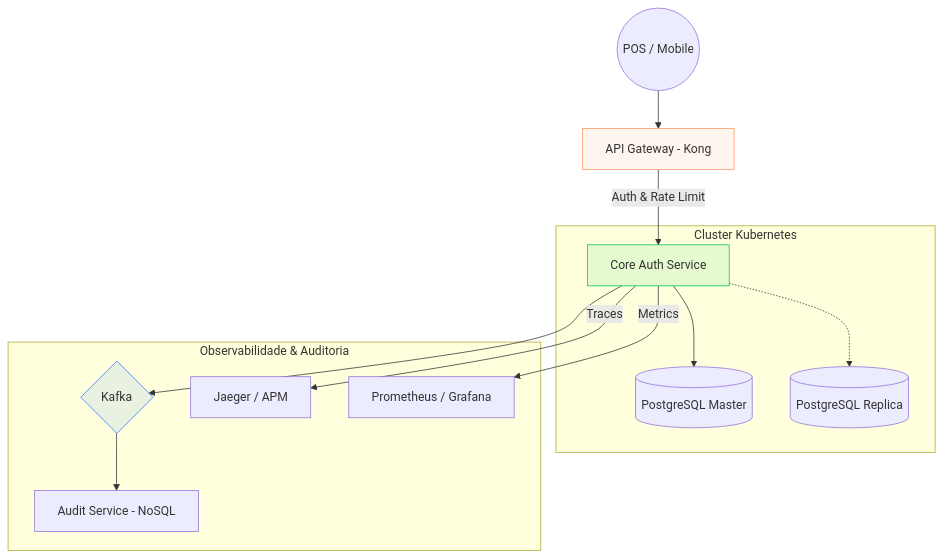
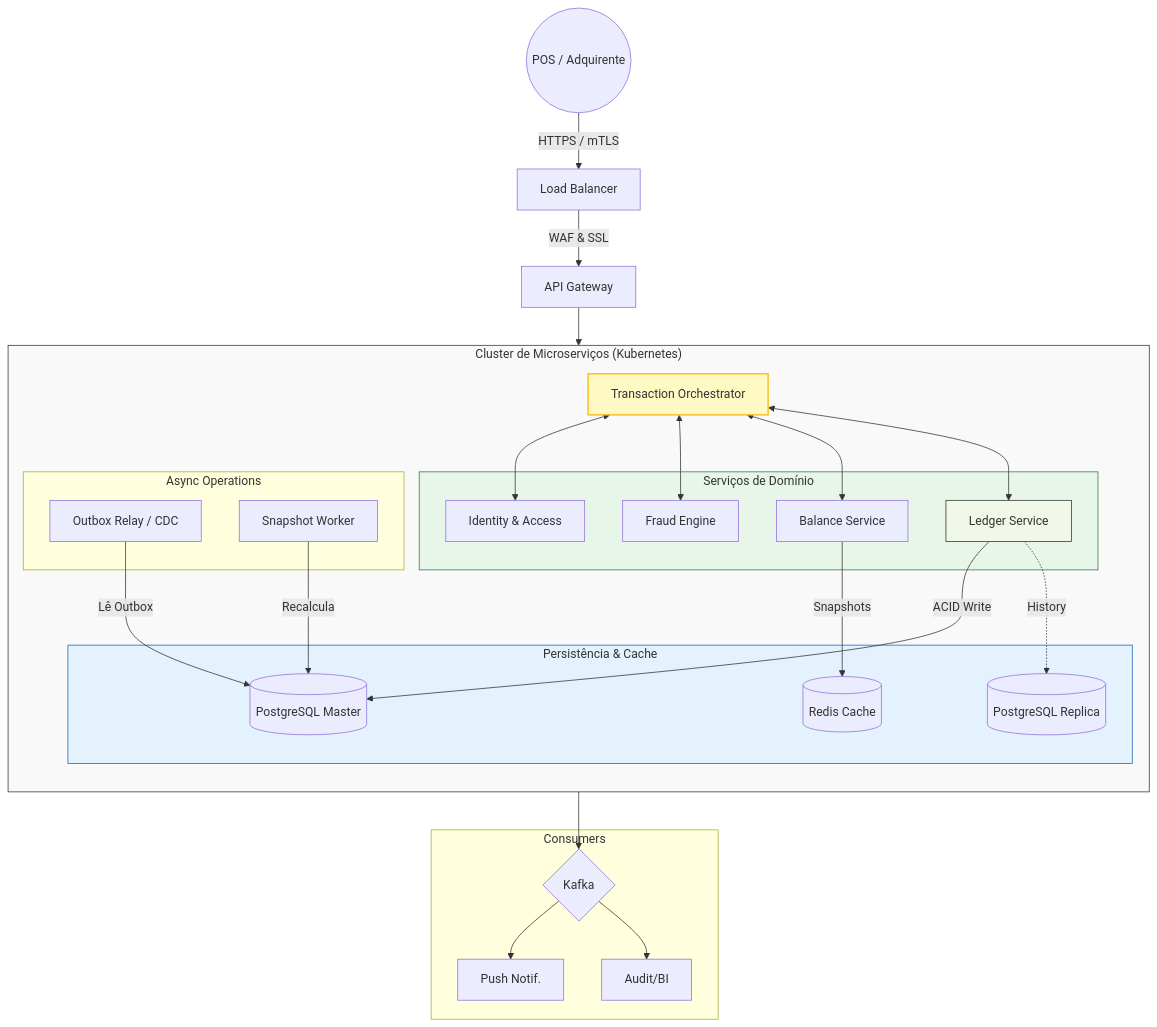
One commit to AugustoSavi/blog changed the second of 2 diagrams in _posts/2026-03-13-system-design-cartao-multibeneficios.md. Above: the diagram before and after it, drawn with Mermaid. The commit also changed other lines of this file, not shown here.

Commit message:
feat: Update blog post on high-scale multi-benefit card system, enhancing architecture details and adding new insights on ledger service and API gateway strategies

````diff
--- a/_posts/2026-03-13-system-design-cartao-multibeneficios.md
+++ b/_posts/2026-03-13-system-design-cartao-multibeneficios.md
@@ -146,18 +195,53 @@
 ```mermaid
 flowchart TD
-    User((POS / Mobile)) --> GW[API Gateway - Kong]
-    GW -- "Auth & Rate Limit" --> Core[Core Auth Service]
-    subgraph "Cluster Kubernetes"
-        Core --> Ledger[(PostgreSQL Master)]
-        Core -.-> Read[(PostgreSQL Replica)]
+    %% Entrada de Tráfego
+    POS((POS / Adquirente)) -->|HTTPS / mTLS| LB[Load Balancer]
+    LB -->|WAF & SSL| GW[API Gateway]
+
+    %% Camada de Orquestração e Serviços (Kubernetes)
+    subgraph K8S ["Cluster de Microserviços (Kubernetes)"]
+        direction TB
+        
+        Orch[Transaction Orchestrator]
+        
+        subgraph AuthServices ["Serviços de Domínio"]
+            Identity[Identity & Access]
+            Fraud[Fraud Engine]
+            Balance[Balance Service]
+            Ledger[Ledger Service]
+        end
+
+        subgraph DataLayer ["Persistência & Cache"]
+            Balance -- "Snapshots" --> Redis[(Redis Cache)]
+            Ledger -- "ACID Write" --> DB[(PostgreSQL Master)]
+            Ledger -. "History" .-> Replica[(PostgreSQL Replica)]
+        end
+
+        subgraph Background ["Async Operations"]
+            Relay[Outbox Relay / CDC] -- "Lê Outbox" --> DB
+            Worker[Snapshot Worker] -- "Recalcula" --> DB
+        end
     end
-    Core --> Kafka{Kafka}
-    subgraph "Observabilidade & Auditoria"
-        Kafka --> Audit[Audit Service - NoSQL]
-        Core -- Traces --> Jaeger[Jaeger / APM]
-        Core -- Metrics --> Prom[Prometheus / Grafana]
+
+    %% Fluxo de Orquestração (gRPC / Internal REST)
+    GW --> Orch
+    Orch <--> Identity
+    Orch <--> Fraud
+    Orch <--> Balance
+    Orch <--> Ledger
+
+    %% Mensageria
+    Relay --> Kafka{Kafka}
+    
+    subgraph Consumers ["Consumers"]
+        Kafka --> Push[Push Notif.]
+        Kafka --> Audit[Audit/BI]
     end
-    style GW fill:#f96,fill-opacity:0.1,stroke:#f96
-    style Kafka fill:#2979ff,fill-opacity:0.1,stroke:#2979ff
-    style Core fill:#00c853,fill-opacity:0.1,stroke:#00c853
+
+    %% Estilização
+    style K8S fill:#f9f9f9,stroke:#333
+    style AuthServices fill:#e8f5e9,stroke:#2e7d32
+    style DataLayer fill:#e3f2fd,stroke:#1565c0
+    style Orch fill:#fff9c4,stroke:#fbc02d,stroke-width:2px
+    style Ledger fill:#f1f8e9,stroke:#333
 ```
````
